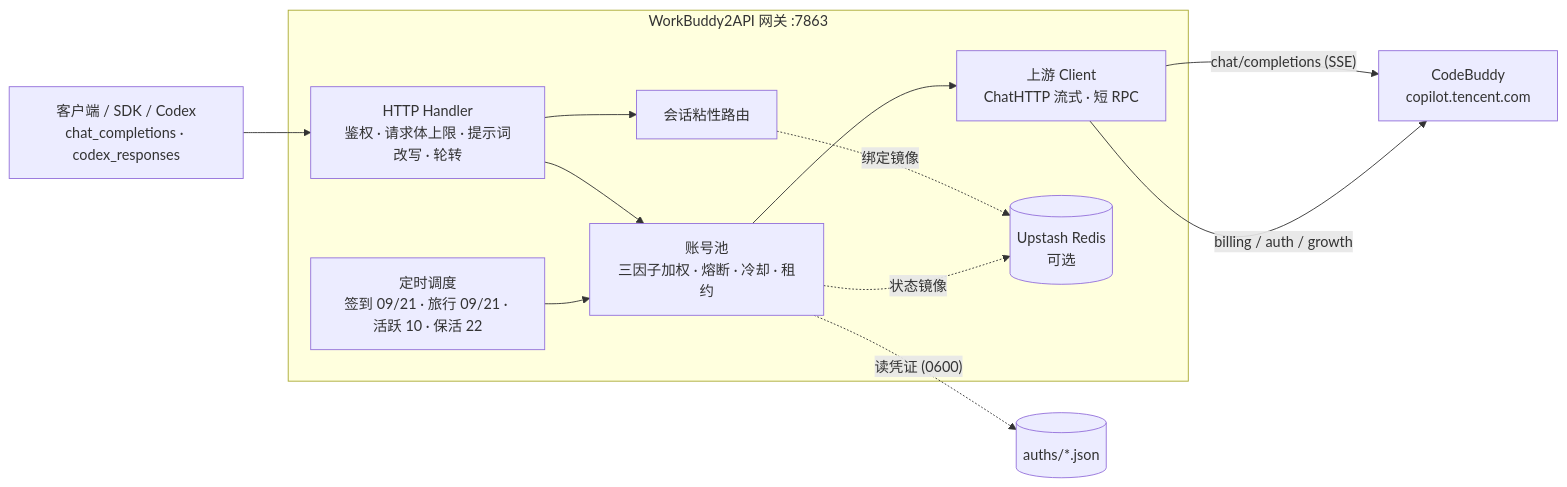
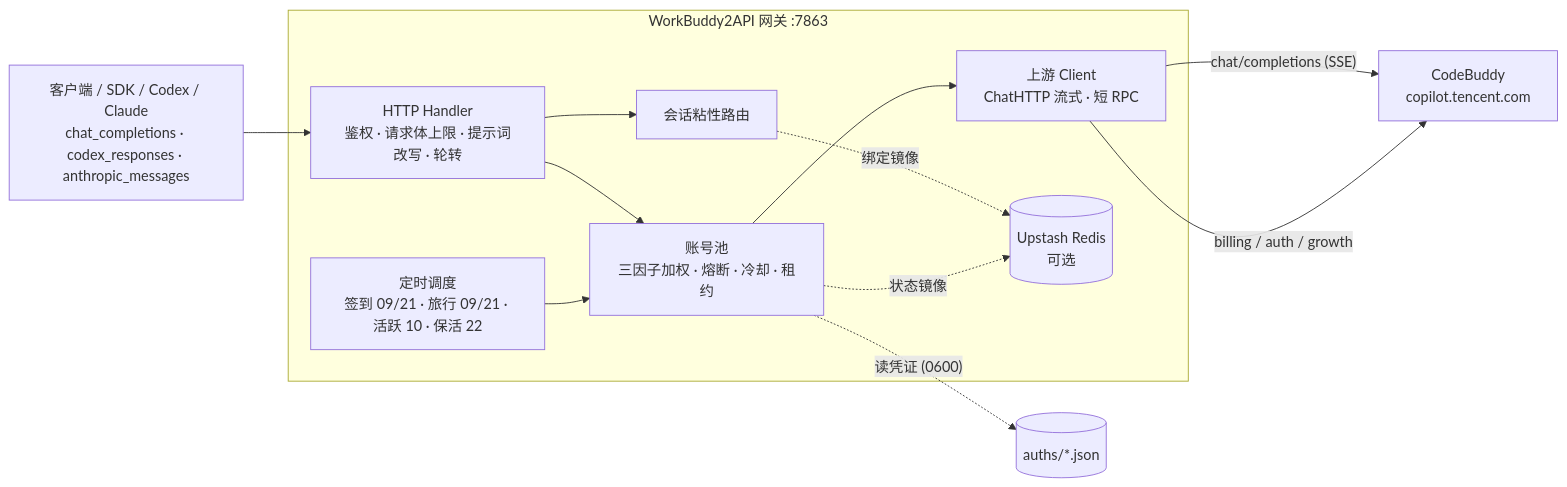
The diagram in README.md (misakano7545/workbuddy2api-panel), drawn with Mermaid before and after one commit. The commit also changed other lines of this file and 15 other files, not shown here.

````diff
--- a/README.md
+++ b/README.md
@@ -175,18 +153,18 @@
 ```mermaid
 flowchart LR
-    Client["客户端 / SDK / Codex\nchat_completions · codex_responses"] --> H
+    Client["客户端 / SDK / Codex / Claude\nchat_completions · codex_responses · anthropic_messages"] --> H
 
     subgraph GWI["WorkBuddy2API 网关 :7863"]
         H["HTTP Handler\n鉴权 · 请求体上限 · 提示词改写 · 轮转"] --> P
         H --> S
         P["账号池\n三因子加权 · 熔断 · 冷却 · 租约"] --> U
         S["会话粘性路由"] -.绑定镜像.-> REDIS
         T["定时调度\n签到 09/21 · 旅行 09/21 · 活跃 10 · 保活 22"] --> P
         U["上游 Client\nChatHTTP 流式 · 短 RPC"]
     end
 
     P -. "读凭证 (0600)" .-> AUTH[("auths/*.json")]
     P -. "状态镜像" .-> REDIS[("Upstash Redis\n可选")]
     U -->|"chat/completions (SSE)"| CB["CodeBuddy\ncopilot.tencent.com"]
     U -->|"billing / auth / growth"| CB
 ```
````
